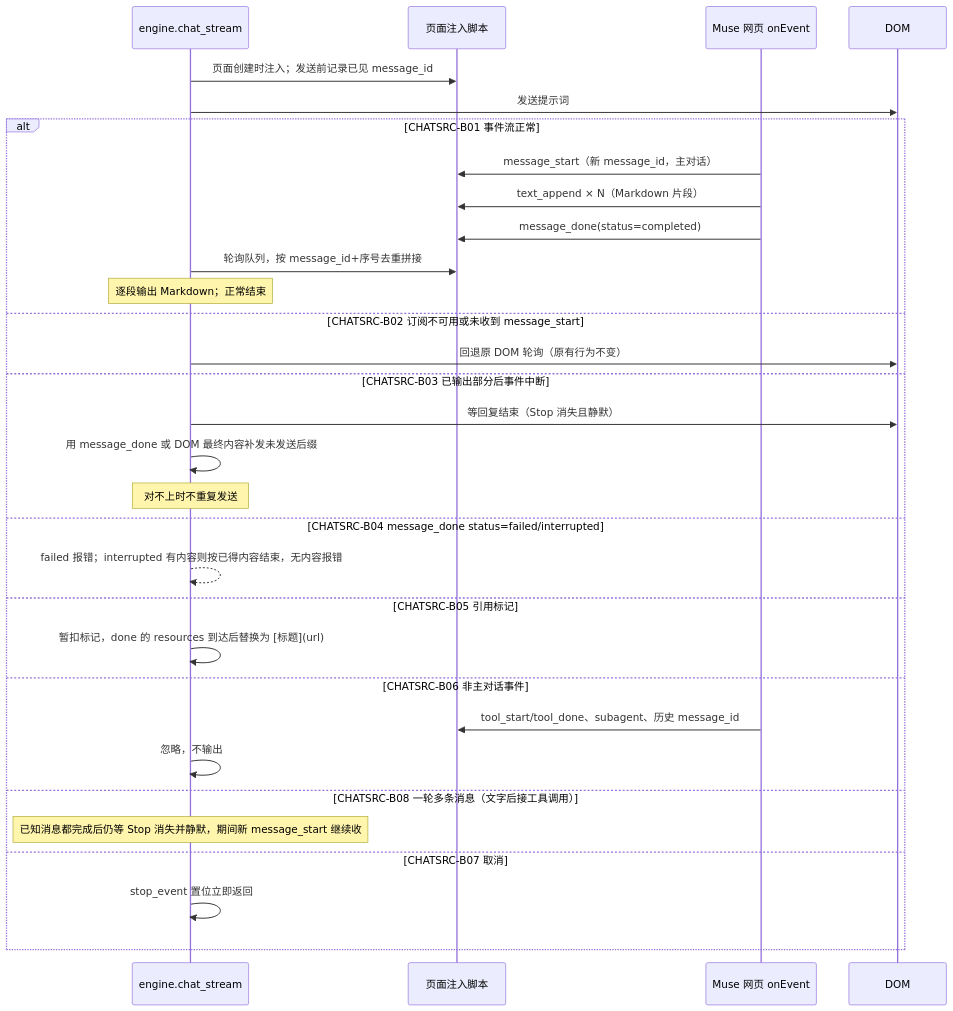
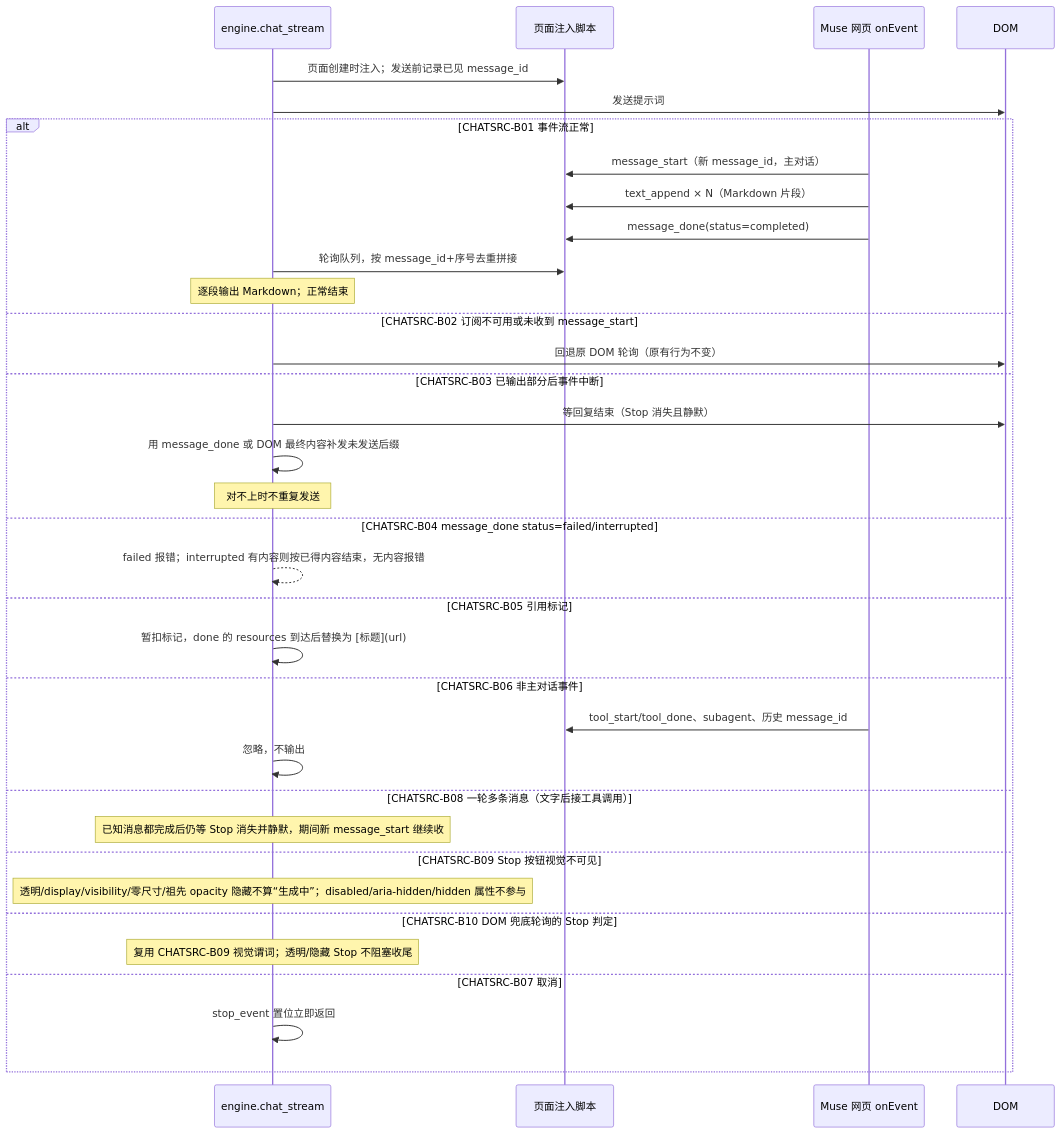
Before and after one commit to joslynSmall/muse2api: the diagram in docs/flows/chat-api/chatsrc.md, drawn with Mermaid. The commit also changed other lines of this file and 5 other files, not shown here.

First line of the commit message:
fix(chat): Stop 按视觉可见性判定，事件流与 DOM 兜底共用同一谓词

````diff
--- a/docs/flows/chat-api/chatsrc.md
+++ b/docs/flows/chat-api/chatsrc.md
@@ -32,33 +32,37 @@
 ```mermaid
 sequenceDiagram
     participant E as engine.chat_stream
     participant P as 页面注入脚本
     participant G as Muse 网页 onEvent
     participant D as DOM
     E->>P: 页面创建时注入；发送前记录已见 message_id
     E->>D: 发送提示词
     alt CHATSRC-B01 事件流正常
         G->>P: message_start（新 message_id，主对话）
         G->>P: text_append × N（Markdown 片段）
         G->>P: message_done(status=completed)
         E->>P: 轮询队列，按 message_id+序号去重拼接
         Note over E: 逐段输出 Markdown；正常结束
     else CHATSRC-B02 订阅不可用或未收到 message_start
         E->>D: 回退原 DOM 轮询（原有行为不变）
     else CHATSRC-B03 已输出部分后事件中断
         E->>D: 等回复结束（Stop 消失且静默）
         E->>E: 用 message_done 或 DOM 最终内容补发未发送后缀
         Note over E: 对不上时不重复发送
     else CHATSRC-B04 message_done status=failed/interrupted
         E-->>E: failed 报错；interrupted 有内容则按已得内容结束，无内容报错
     else CHATSRC-B05 引用标记
         E->>E: 暂扣标记，done 的 resources 到达后替换为 [标题](url)
     else CHATSRC-B06 非主对话事件
         G->>P: tool_start/tool_done、subagent、历史 message_id
         E->>E: 忽略，不输出
     else CHATSRC-B08 一轮多条消息（文字后接工具调用）
         Note over E: 已知消息都完成后仍等 Stop 消失并静默，期间新 message_start 继续收
+    else CHATSRC-B09 Stop 按钮视觉不可见
+        Note over E: 透明/display/visibility/零尺寸/祖先 opacity 隐藏不算“生成中”；disabled/aria-hidden/hidden 属性不参与
+    else CHATSRC-B10 DOM 兜底轮询的 Stop 判定
+        Note over E: 复用 CHATSRC-B09 视觉谓词；透明/隐藏 Stop 不阻塞收尾
     else CHATSRC-B07 取消
         E->>E: stop_event 置位立即返回
     end
 ```
````
